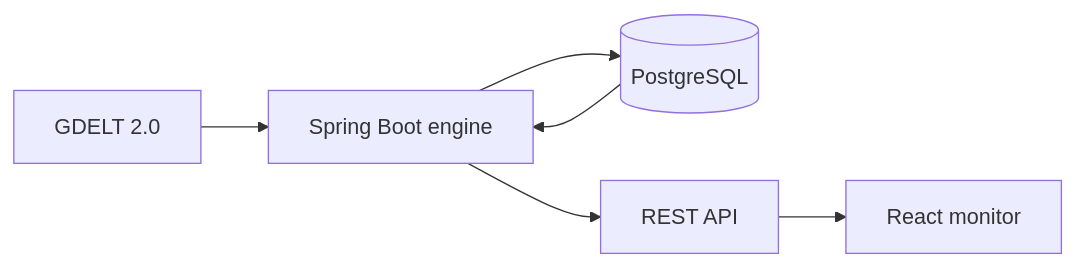
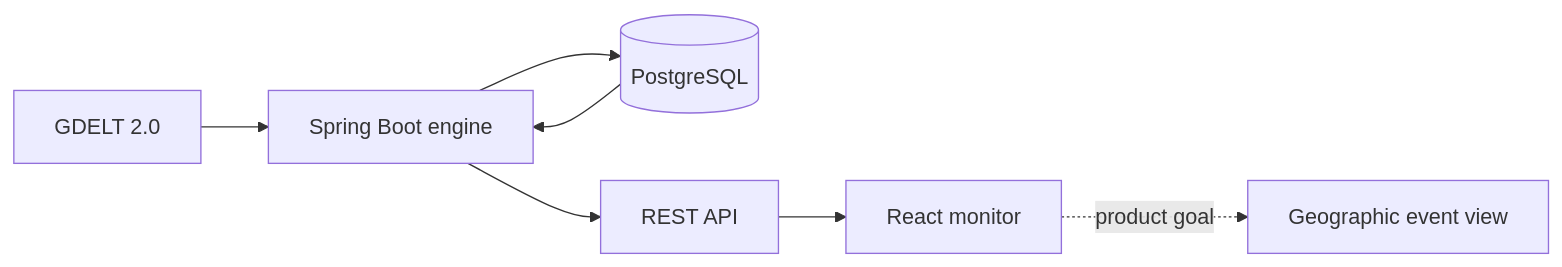
Before and after one commit to Lnscc/sentinel-GEM: the diagram in README.md, drawn with Mermaid. The commit also changed other lines of this file, not shown here.

Commit message:
docs: emphasize geographic event vision

````diff
--- a/README.md
+++ b/README.md
@@ -19,8 +24,9 @@
 ```mermaid
 flowchart LR
     GDELT[GDELT 2.0] --> Engine[Spring Boot engine]
     Engine --> Database[(PostgreSQL)]
     Database --> Engine
     Engine --> API[REST API]
     API --> Monitor[React monitor]
+    Monitor -. product goal .-> Map[Geographic event view]
 ```
````
